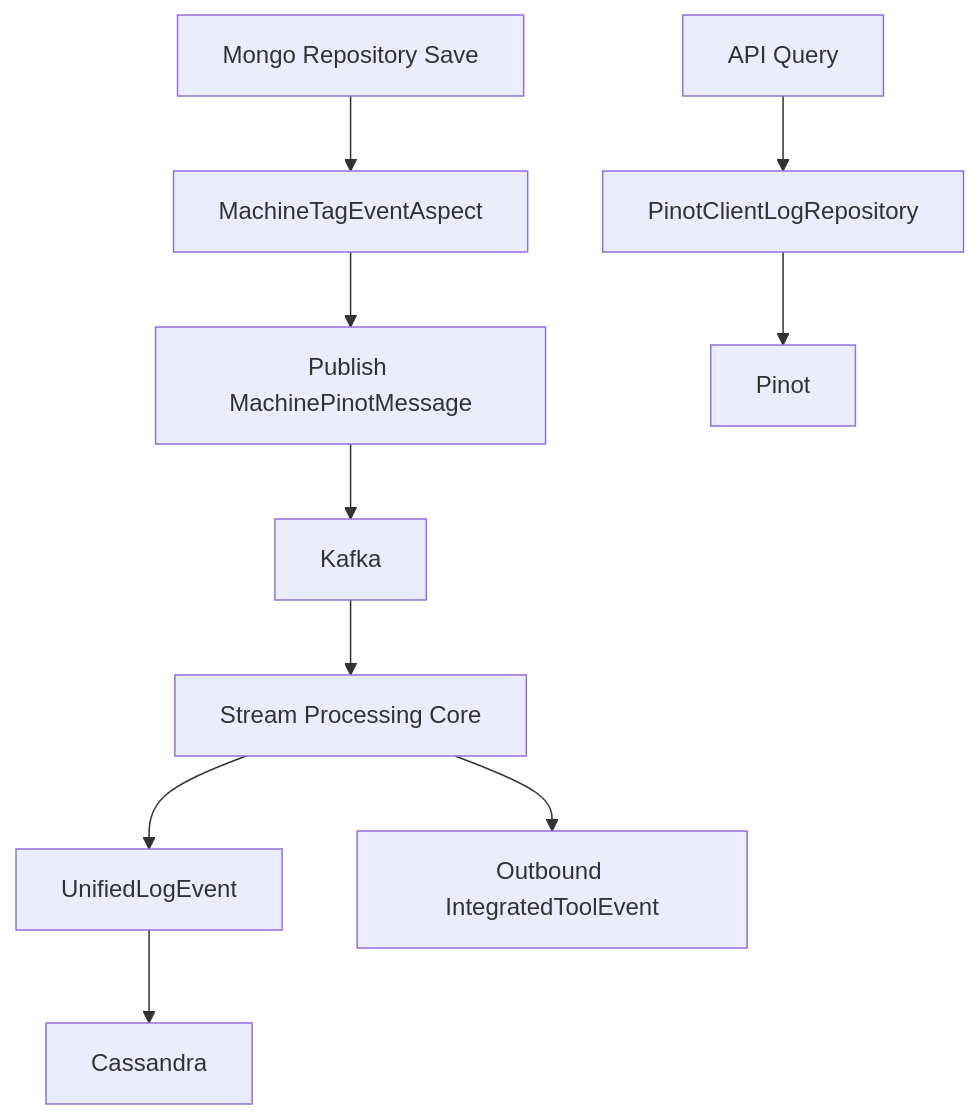
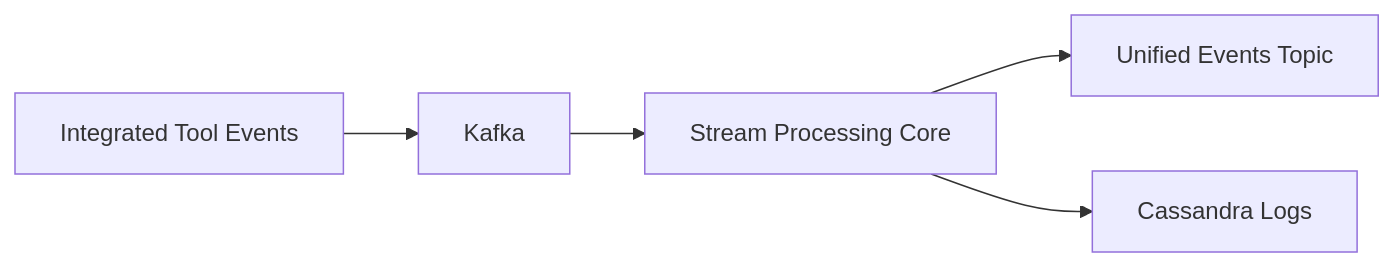
The second of 3 diagrams in docs/reference/architecture/README.md (flamingo-stack/openframe-oss-lib), drawn with Mermaid before and after one commit. The commit also changed other lines of this file and 172 other files, not shown here.

````diff
--- a/docs/reference/architecture/README.md
+++ b/docs/reference/architecture/README.md
@@ -289,15 +247,7 @@
 ```mermaid
-flowchart TD
-    MongoSave["Mongo Repository Save"] --> Aspect["MachineTagEventAspect"]
-    Aspect --> KafkaPublish["Publish MachinePinotMessage"]
-    KafkaPublish --> KafkaCluster["Kafka"]
-
-    KafkaCluster --> StreamCore["Stream Processing Core"]
-    StreamCore --> UnifiedEvent["UnifiedLogEvent"]
-    UnifiedEvent --> CassandraStore["Cassandra"]
-
-    StreamCore --> OutboundKafka["Outbound IntegratedToolEvent"]
-
-    ApiQuery["API Query"] --> PinotRepo["PinotClientLogRepository"]
-    PinotRepo --> PinotDB["Pinot"]
+flowchart LR
+    ToolEvents["Integrated Tool Events"] --> Kafka
+    Kafka --> StreamCore["Stream Processing Core"]
+    StreamCore --> UnifiedEvents["Unified Events Topic"]
+    StreamCore --> CassandraLogs["Cassandra Logs"]
 ```
````
